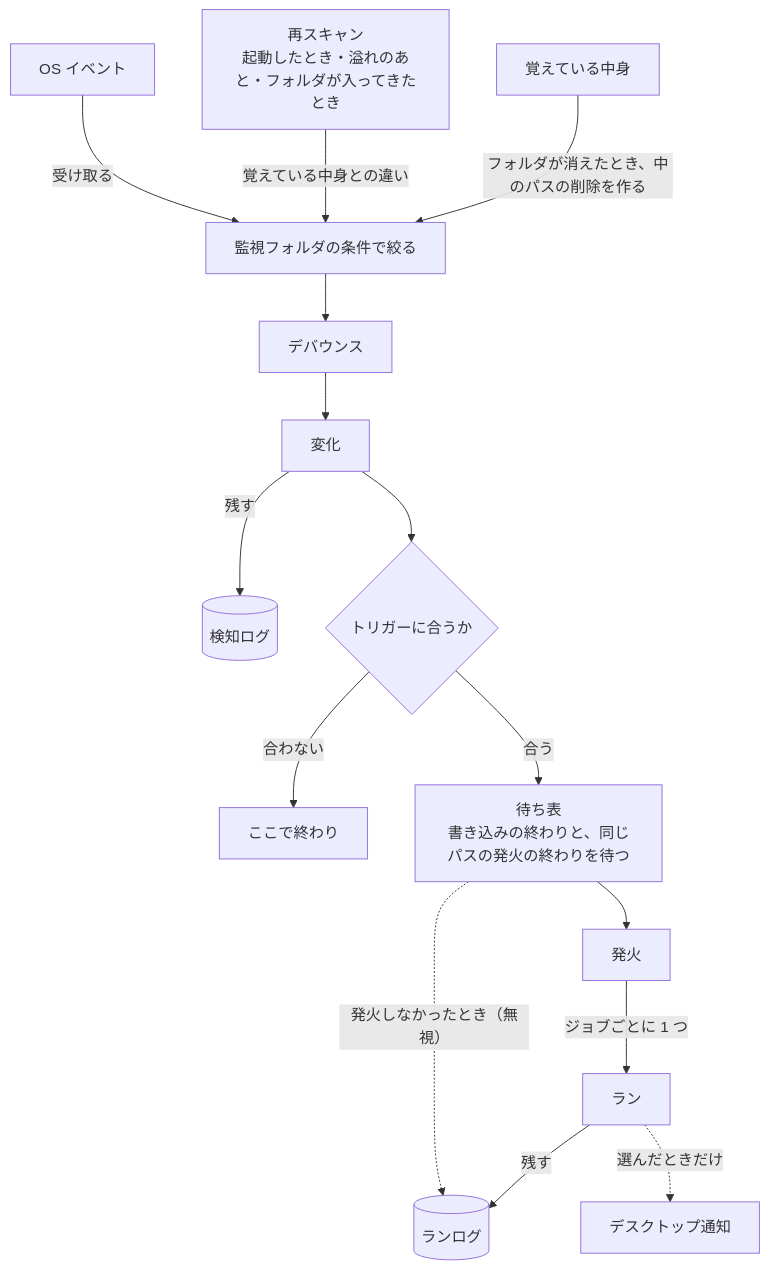
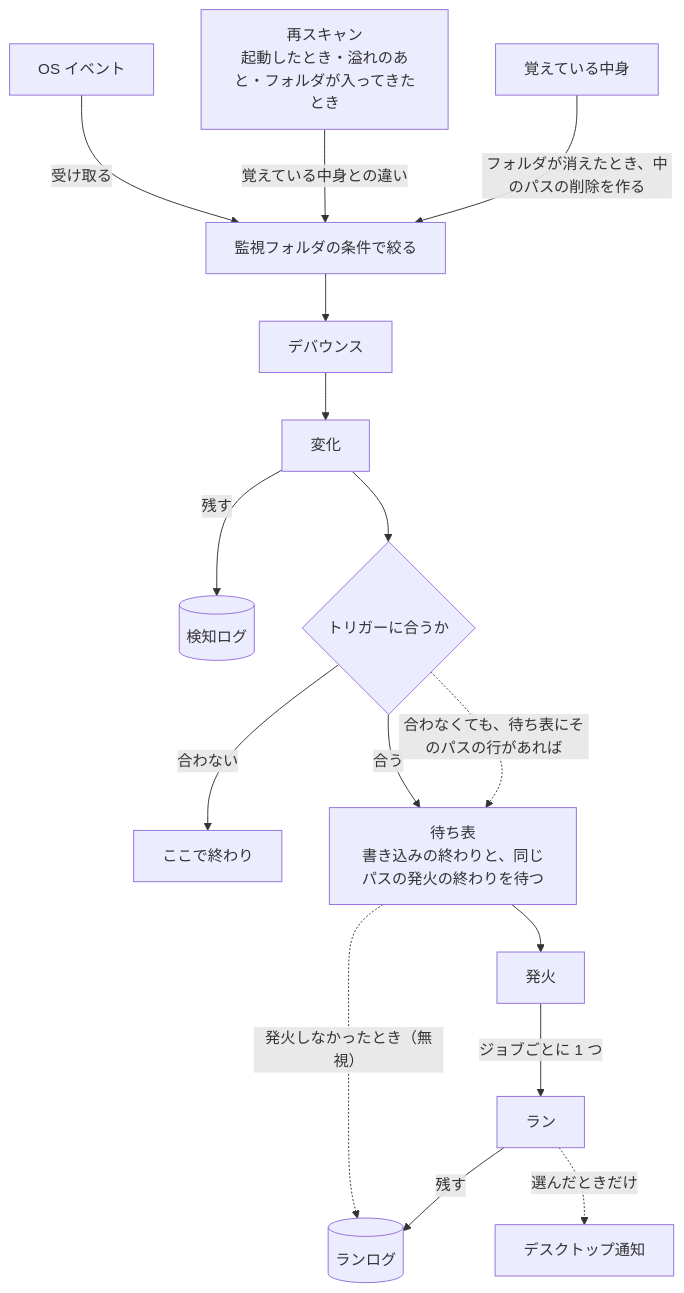
The second of 4 diagrams in docs/design.ja.md (capypara20/Foxonar), drawn with Mermaid before and after one commit. The commit also changed other lines of this file and 3 other files, not shown here.

````diff
--- a/docs/design.ja.md
+++ b/docs/design.ja.md
@@ -71,17 +71,18 @@
 ```mermaid
 flowchart TD
   os["OS イベント"] -->|受け取る| narrow["監視フォルダの条件で絞る"]
   narrow --> deb["デバウンス"]
   deb --> change["変化"]
   scan["再スキャン<br>起動したとき・溢れのあと・フォルダが入ってきたとき"] -->|覚えている中身との違い| narrow
   memo["覚えている中身"] -->|フォルダが消えたとき、中のパスの削除を作る| narrow
   change -->|残す| dlog[("検知ログ")]
   change --> match{"トリガーに合うか"}
   match -->|合わない| stop["ここで終わり"]
   match -->|合う| pending["待ち表<br>書き込みの終わりと、同じパスの発火の終わりを待つ"]
   pending --> firing["発火"]
+  match -.->|合わなくても、待ち表にそのパスの行があれば| pending
   pending -.->|発火しなかったとき（無視）| rlog
   firing -->|ジョブごとに 1 つ| run["ラン"]
   run -->|残す| rlog[("ランログ")]
   run -.->|選んだときだけ| toast["デスクトップ通知"]
 ```
````
